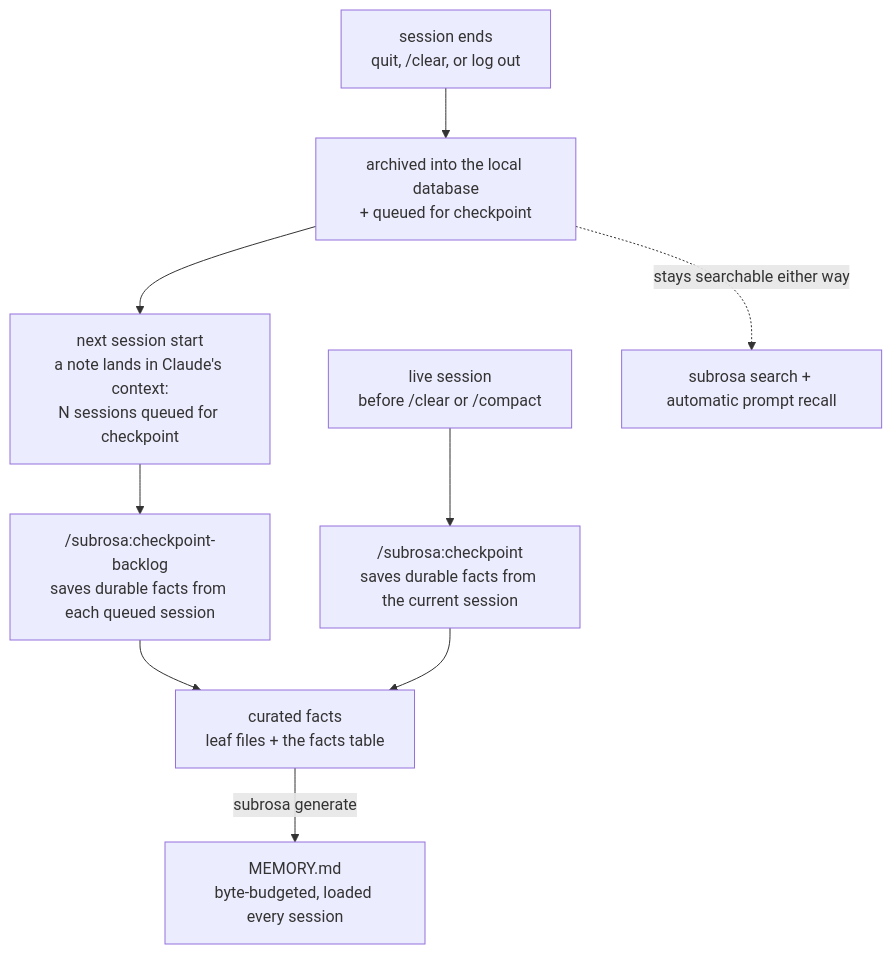
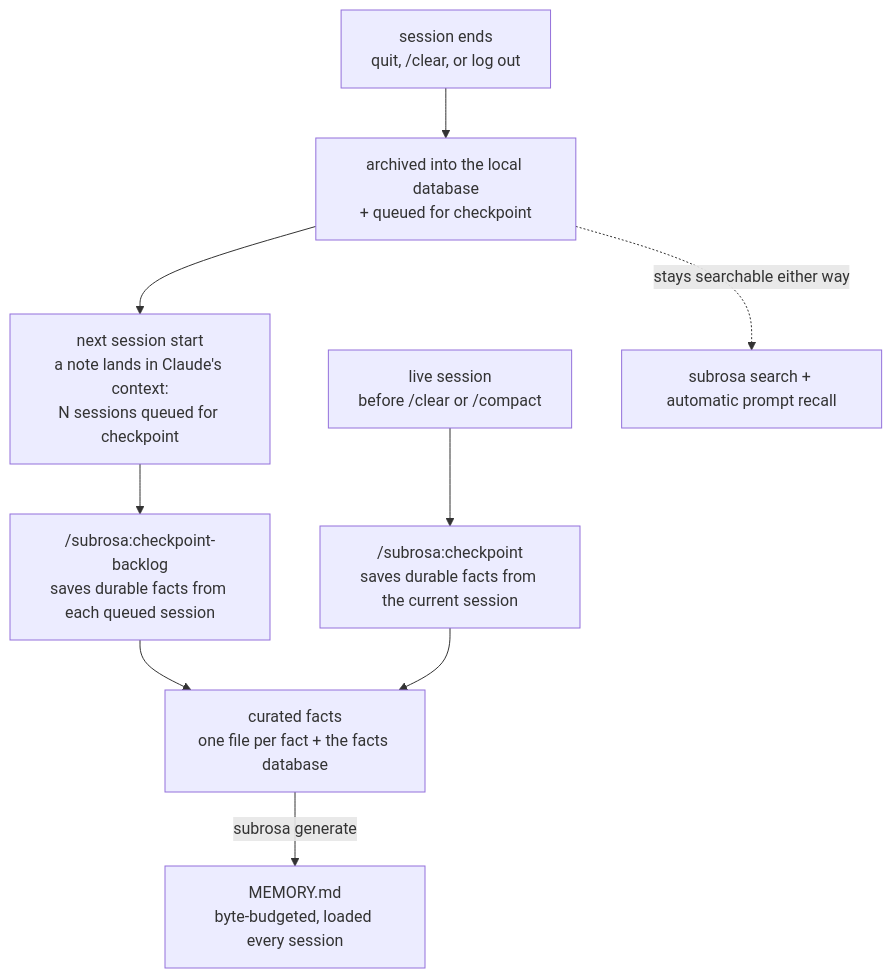
One commit to ij5a/subrosa changed the diagram in README.md. Above: the diagram before and after it, drawn with Mermaid. The commit also changed other lines of this file and 2 other files, not shown here.

````diff
--- a/README.md
+++ b/README.md
@@ -126,11 +126,11 @@
 ```mermaid
 flowchart TD
     ended["session ends<br/>quit, /clear, or log out"] --> archived["archived into the local database<br/>+ queued for checkpoint"]
     archived --> nudge["next session start<br/>a note lands in Claude's context:<br/>N sessions queued for checkpoint"]
     nudge --> backlog["/subrosa:checkpoint-backlog<br/>saves durable facts from each queued session"]
     livesession["live session<br/>before /clear or /compact"] --> checkpoint["/subrosa:checkpoint<br/>saves durable facts from the current session"]
-    backlog --> facts["curated facts<br/>leaf files + the facts table"]
+    backlog --> facts["curated facts<br/>one file per fact + the facts database"]
     checkpoint --> facts
     facts -->|subrosa generate| memorymd["MEMORY.md<br/>byte-budgeted, loaded every session"]
     archived -.->|stays searchable either way| recall["subrosa search + automatic prompt recall"]
 ```
````
